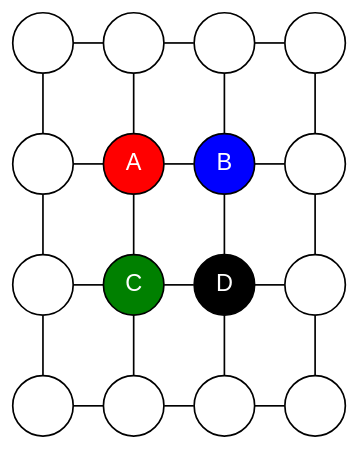
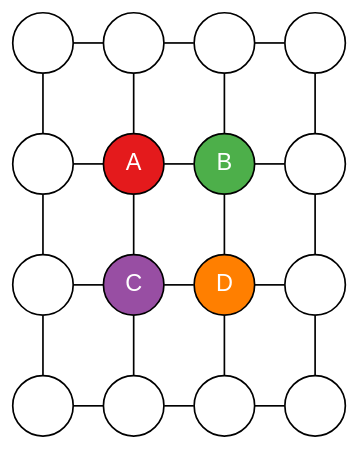
The diagram in dot/stencil.dot (marshallward/mom6vv), drawn with Graphviz before and after one commit. The commit also changed 3 other files, not shown here.

```diff
--- a/dot/stencil.dot
+++ b/dot/stencil.dot
@@ -1,32 +1,38 @@
 graph stencil {
     node [
         label = ""
         shape = circle
         style = filled
         fillcolor = white
         fontname = helvetica
         fontcolor = white
+        colorscheme = set15
     ]
     bgcolor = transparent
 
-    11 [label="A", fillcolor=red]
-    12 [label="B", fillcolor=blue]
-    21 [label="C", fillcolor=green]
-    22 [label="D", fillcolor=black]
+    //11 [label="A", fillcolor=red]
+    //12 [label="B", fillcolor=blue]
+    //21 [label="C", fillcolor=green]
+    //22 [label="D", fillcolor=black]
+
+    11 [label="A", fillcolor=1]
+    12 [label="B", fillcolor=3]
+    21 [label="C", fillcolor=4]
+    22 [label="D", fillcolor=5]
 
     //{node[shape=none]
     //    00; 01; 02; 03
     //    10; 20
     //    13; 23
     //    30; 31; 32; 33
     //}
 
     {rank = same; 00 -- 01 -- 02 -- 03}
     {rank = same; 10 -- 11 -- 12 -- 13}
     {rank = same; 20 -- 21 -- 22 -- 23}
     {rank = same; 30 -- 31 -- 32 -- 33}
     00 -- 10 -- 20 -- 30
     01 -- 11 -- 21 -- 31
     02 -- 12 -- 22 -- 32
     03 -- 13 -- 23 -- 33
 }
```
